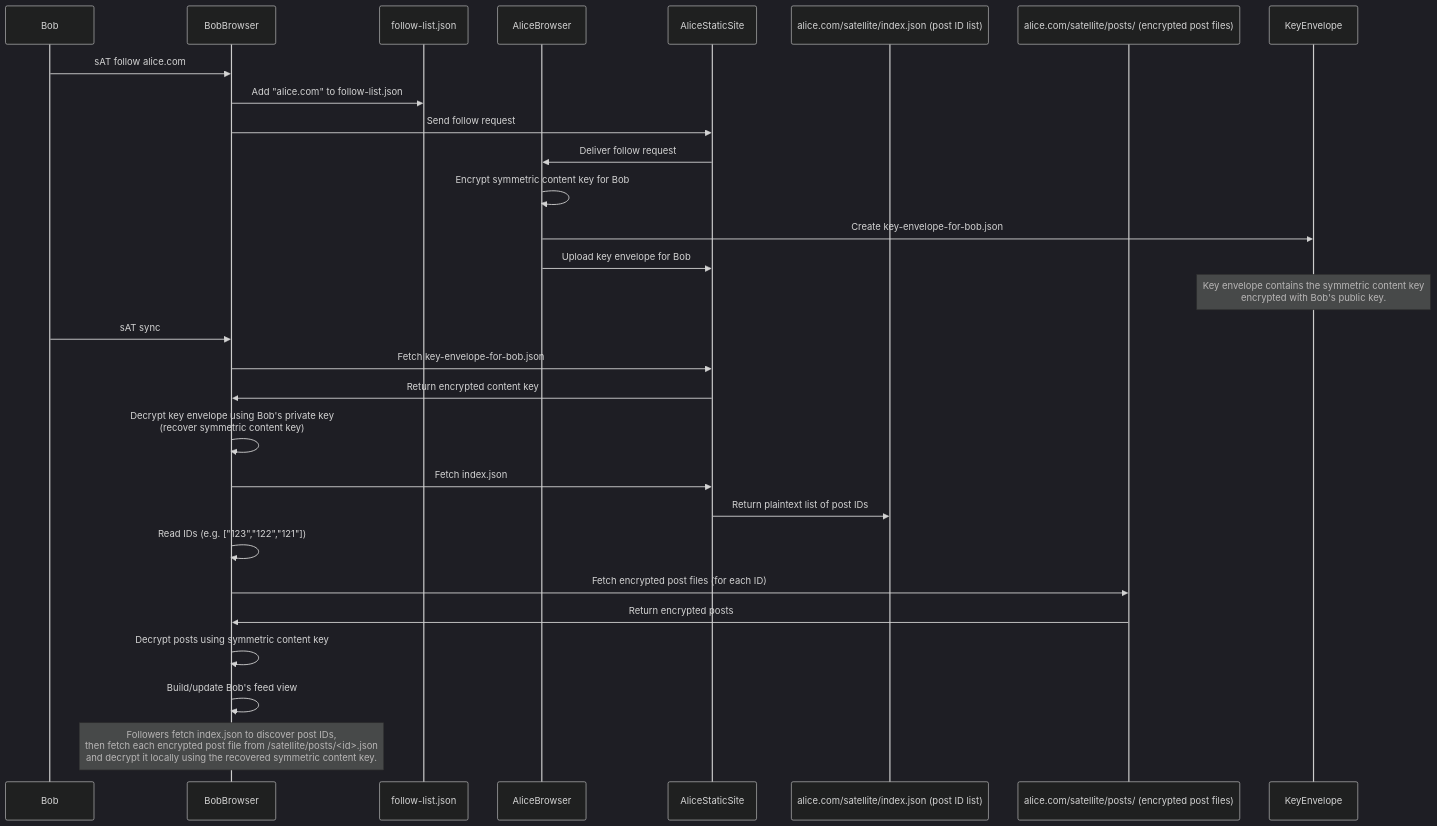
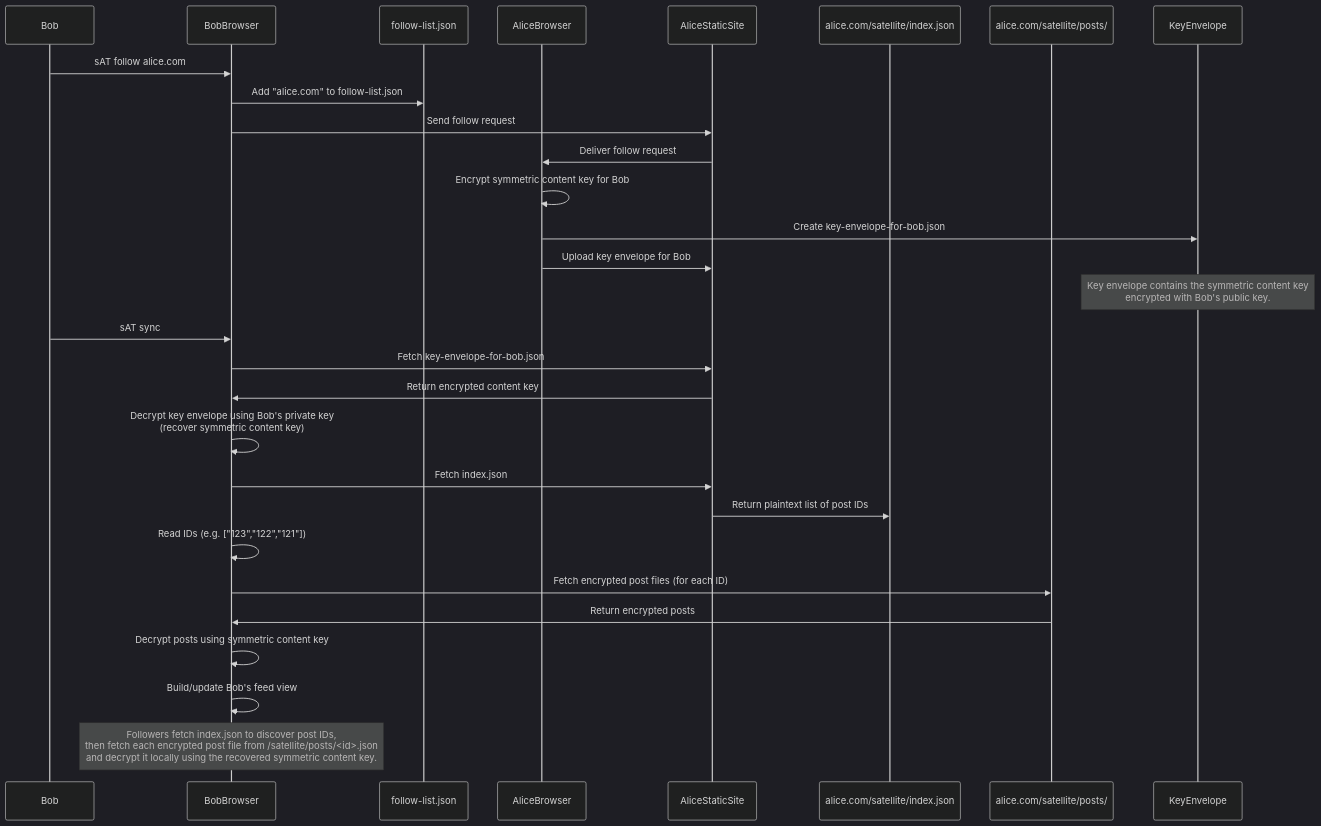
Before and after one commit to gargster/ELEC4712_Decentralised_Blog: the eighth of 12 diagrams in alternatives.md, drawn with Mermaid (dark theme). The commit also changed other lines of this file, not shown here.

Commit message:
minor naming changes

````diff
--- a/alternatives.md
+++ b/alternatives.md
@@ -152,39 +152,39 @@
 ```mermaid
 sequenceDiagram
     participant Bob
     participant BobBrowser as BobBrowser
     participant BobFollowList as follow-list.json
     participant AliceBrowser as AliceBrowser
     participant AliceSite as AliceStaticSite
-    participant IndexFile as alice.com/satellite/index.json (post ID list)
-    participant AlicePosts as alice.com/satellite/posts/ (encrypted post files)
+    participant IndexFile as alice.com/satellite/index.json
+    participant AlicePosts as alice.com/satellite/posts/
 
     Bob->>BobBrowser: sAT follow alice.com
     BobBrowser->>BobFollowList: Add "alice.com" to follow-list.json
 
     BobBrowser->>AliceSite: Send follow request
     AliceSite->>AliceBrowser: Deliver follow request
 
     AliceBrowser->>AliceBrowser: Encrypt symmetric content key for Bob
     AliceBrowser->>KeyEnvelope: Create key-envelope-for-bob.json
     AliceBrowser->>AliceSite: Upload key envelope for Bob
 
     Note over KeyEnvelope: Key envelope contains the symmetric content key<br>encrypted with Bob's public key.
 
     Bob->>BobBrowser: sAT sync
     BobBrowser->>AliceSite: Fetch key-envelope-for-bob.json
     AliceSite->>BobBrowser: Return encrypted content key
     BobBrowser->>BobBrowser: Decrypt key envelope using Bob's private key<br>(recover symmetric content key)
 
     BobBrowser->>AliceSite: Fetch index.json
     AliceSite->>IndexFile: Return plaintext list of post IDs
     BobBrowser->>BobBrowser: Read IDs (e.g. ["123","122","121"])
 
     BobBrowser->>AlicePosts: Fetch encrypted post files (for each ID)
     AlicePosts->>BobBrowser: Return encrypted posts
     BobBrowser->>BobBrowser: Decrypt posts using symmetric content key
     BobBrowser->>BobBrowser: Build/update Bob's feed view
 
     Note over BobBrowser: Followers fetch index.json to discover post IDs,<br>then fetch each encrypted post file from /satellite/posts/<id>.json<br>and decrypt it locally using the recovered symmetric content key.
 
 ```
````
